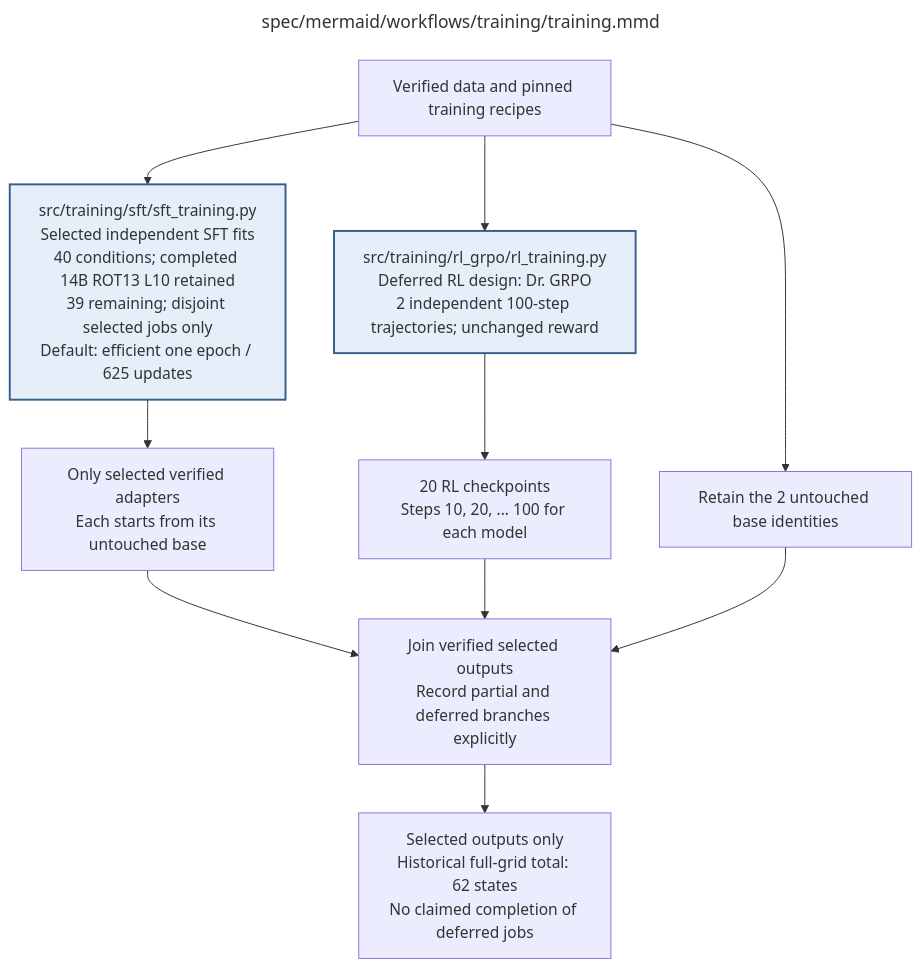
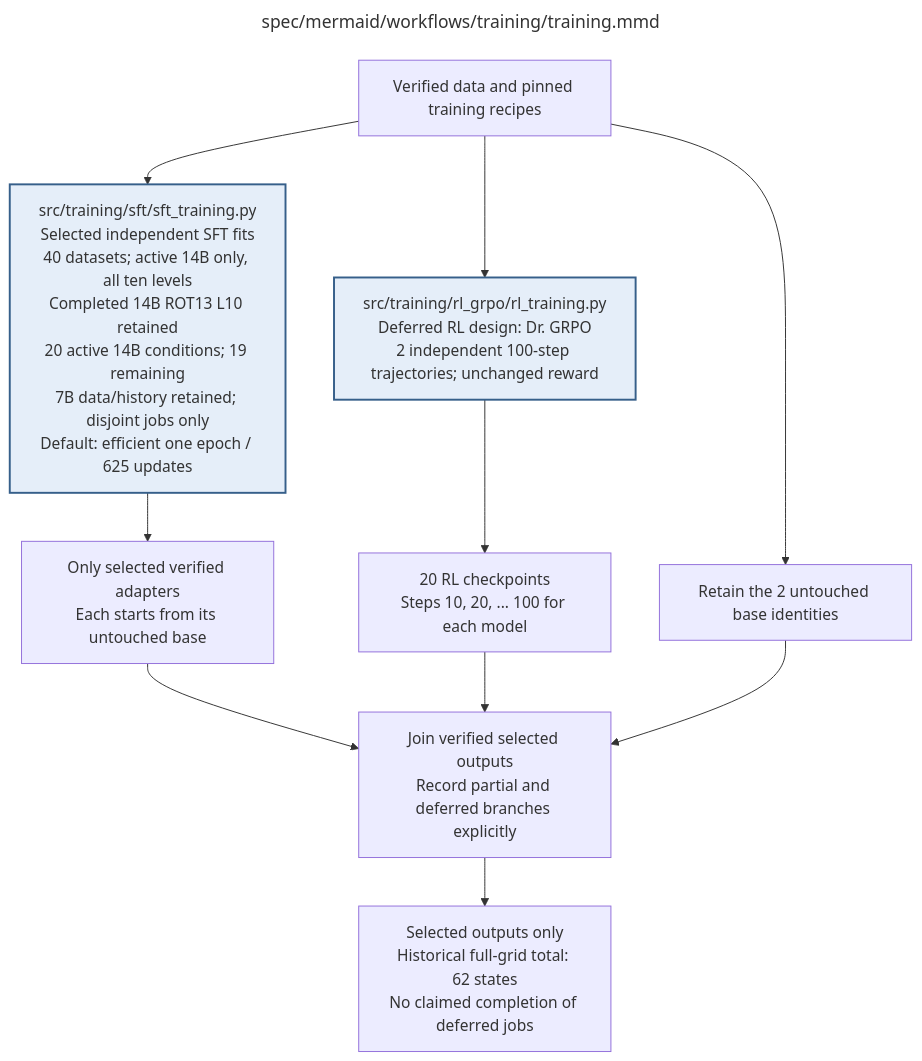
The diagram in docs/modules/training/training.md (AJUNNYC/inducing_persistent_textual_chain_of_thought_illegibility), drawn with Mermaid before and after one commit. The commit also changed other lines of this file and 29 other files, not shown here.

````diff
--- a/docs/modules/training/training.md
+++ b/docs/modules/training/training.md
@@ -52,44 +52,44 @@
 ```mermaid
 ---
 title: "spec/mermaid/workflows/training/training.mmd"
 ---
 flowchart TD
 %% Training
 %% Active default: efficient_one_epoch_v1, per explicitly selected SFT condition.
 %% Published policy v2: request physical 2 x 8; capacity fallback 1 x 16, same effective 16.
 %% Actual batch/accumulation/recomputation mode stays fixed throughout each fit and exact resume.
-%% Forty conditions available; completed 14B ROT13 L10 retained; 39 uncompleted.
+%% Forty datasets available; active14B scope20, completedROT13 L10 retained;19 selectedfits uncompleted.
 %% $240 SFT authorized 13 Oct; no new worker launch recorded. RL/final evaluation remain separate.
 %% Legacy full-grid62state accounting is preserved, not an active launch instruction.
 %% Edit quoted node labels directly; this is native Mermaid.
 %% Execution contract: known faults use bounded recovery; unclassified/persistent faults stop the worker.
 %% Frozen invalid inputs are fatal. Unrecoverable child failures propagate; never release incomplete results.
 %% RL uses the same fixed 800 questions and order for both sizes. Four rollouts form each GRPO group.
 %% Independent SFT family queues run on their own GPUs; RL model trajectories run sequentially.
 %% Exact-condition full checkpoints may resume a run; another level's adapter is never a warm start.
 %% No training-time reasoning ablations. Earlier valid outputs are preserved if a worker stops.
 %% RL uses GRPO with Dr. GRPO loss normalization and the fixed settings in rl_grpo/setup/rl_setup.mmd.
 %% The post-training GPT4o artifact audit does not change the Sonnet two-pass training reward.
 %% Child: SFT => sft/sft_training.mmd
 %% Child: RL => rl_grpo/rl_training.mmd
     INPUT["Verified data and pinned training recipes"]
-    SFT["src/training/sft/sft_training.py<br/>Selected independent SFT fits<br/>40 conditions; completed 14B ROT13 L10 retained<br/>39 remaining; disjoint selected jobs only<br/>Default: efficient one epoch / 625 updates"]
+    SFT["src/training/sft/sft_training.py<br/>Selected independent SFT fits<br/>40 datasets; active 14B only, all ten levels<br/>Completed 14B ROT13 L10 retained<br/>20 active 14B conditions; 19 remaining<br/>7B data/history retained; disjoint jobs only<br/>Default: efficient one epoch / 625 updates"]
     SFTOUT["Only selected verified adapters<br/>Each starts from its untouched base"]
     RL["src/training/rl_grpo/rl_training.py<br/>Deferred RL design: Dr. GRPO<br/>2 independent 100-step trajectories; unchanged reward"]
     RLOUT["20 RL checkpoints<br/>Steps 10, 20, ... 100 for each model"]
     BASE["Retain the 2 untouched base identities"]
     WAIT["Join verified selected outputs<br/>Record partial and deferred branches explicitly"]
     OUT["Selected outputs only<br/>Historical full-grid total: 62 states<br/>No claimed completion of deferred jobs"]
     INPUT --> SFT --> SFTOUT --> WAIT
     INPUT --> RL --> RLOUT --> WAIT
     INPUT --> BASE --> WAIT
     WAIT --> OUT
     classDef detail fill:#e5eef9,stroke:#365f8a,stroke-width:2px
     class SFT,RL detail
 
 %% Repository module: src/training/training.py
 %% Module documentation: docs/modules/training/training.md
 %% Unit test: tests/unit/training/test_training.py
 %% Owner: coordinator
 %% Source sections: 2; C.2–C.3; E.1.1; E.2.2; H.7,H.9
 ```
````
